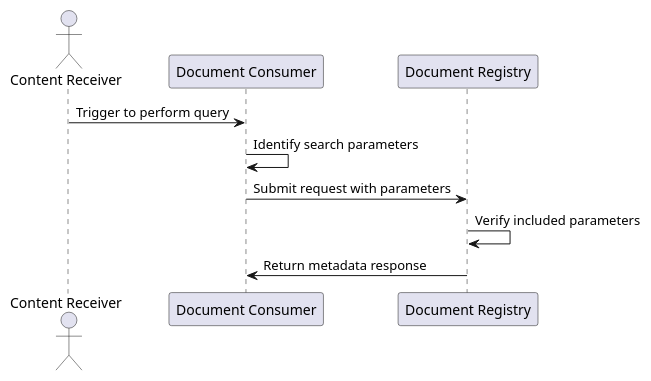
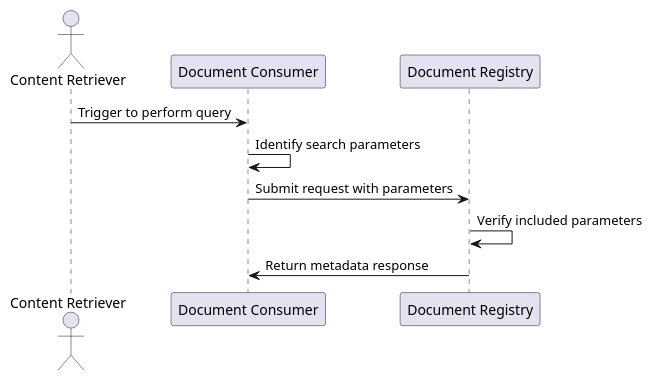
Before and after one commit to medcomdk/dk-medcom-document: the diagram in puml/sequence-r1.puml, drawn with PlantUML. The commit also changed 6 other files, not shown here.

Commit message:
Updated sequence diagrams

```diff
--- a/puml/sequence-r1.puml
+++ b/puml/sequence-r1.puml
@@ -1,11 +1,11 @@
 @startuml
-actor "Content Receiver" as CR
+actor "Content Retriever" as CR
 participant "Document Consumer" as DC
 participant "Document Registry" as DReg
 
 CR -> DC: Trigger to perform query
 DC -> DC: Identify search parameters
 DC -> DReg: Submit request with parameters
 DReg -> DReg: Verify included parameters
 DReg -> DC: Return metadata response
 @enduml
```
